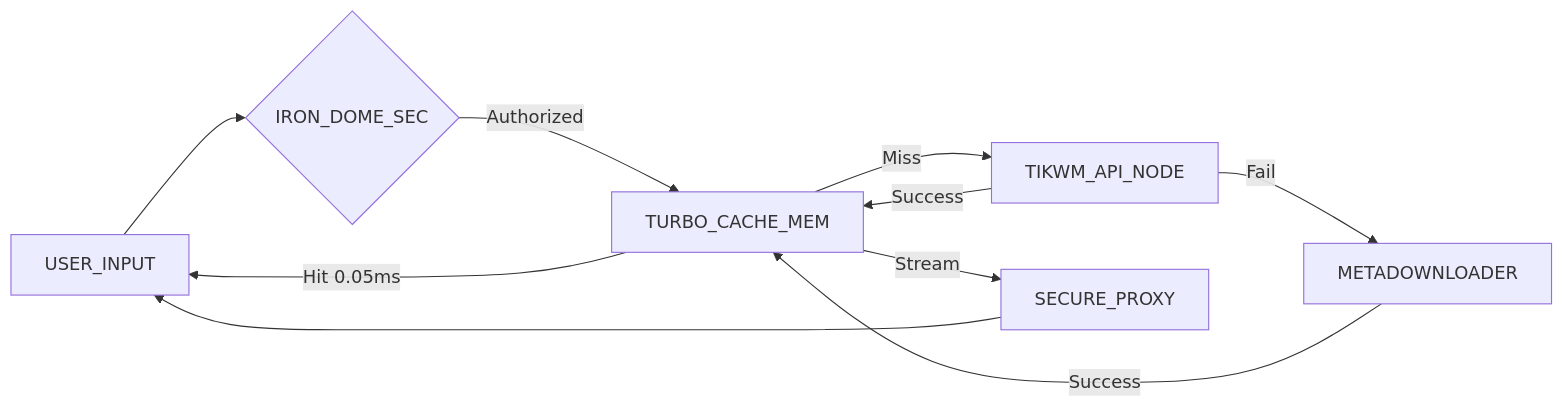
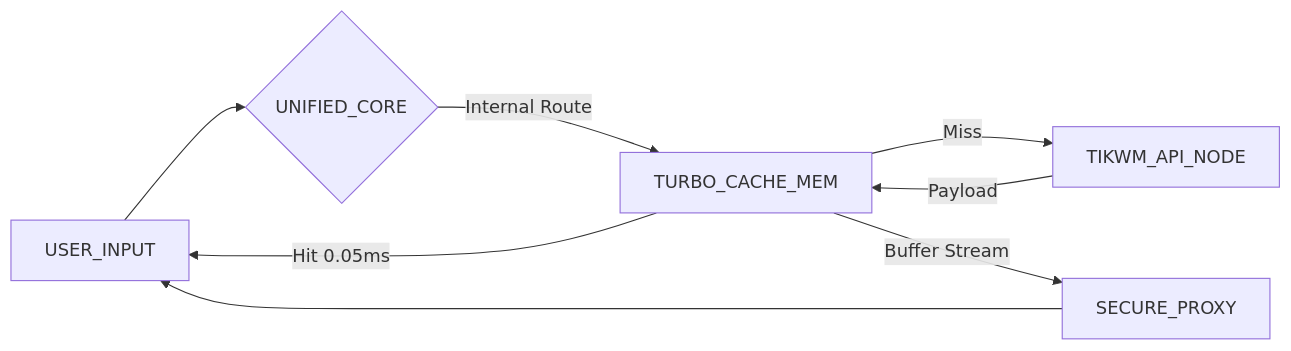
Before and after one commit to david-aistudio/PingTok: the diagram in README.md, drawn with Mermaid. The commit also changed other lines of this file, not shown here.

Commit message:
Docs: Final update to README with Unified Core specifications

````diff
--- a/README.md
+++ b/README.md
@@ -22,12 +22,10 @@
 ```mermaid
 graph LR
-    User[USER_INPUT] --> IronDome{IRON_DOME_SEC}
-    IronDome -->|Authorized| Cache[TURBO_CACHE_MEM]
+    User[USER_INPUT] --> Monolith{UNIFIED_CORE}
+    Monolith -->|Internal Route| Cache[TURBO_CACHE_MEM]
     Cache -->|Hit 0.05ms| User
-    Cache -->|Miss| Engine1[TIKWM_API_NODE]
-    Engine1 -->|Success| Cache
-    Engine1 -->|Fail| Engine2[METADOWNLOADER]
-    Engine2 -->|Success| Cache
-    Cache -->|Stream| Proxy[SECURE_PROXY]
+    Cache -->|Miss| Engine[TIKWM_API_NODE]
+    Engine -->|Payload| Cache
+    Cache -->|Buffer Stream| Proxy[SECURE_PROXY]
     Proxy --> User
 ```
````
